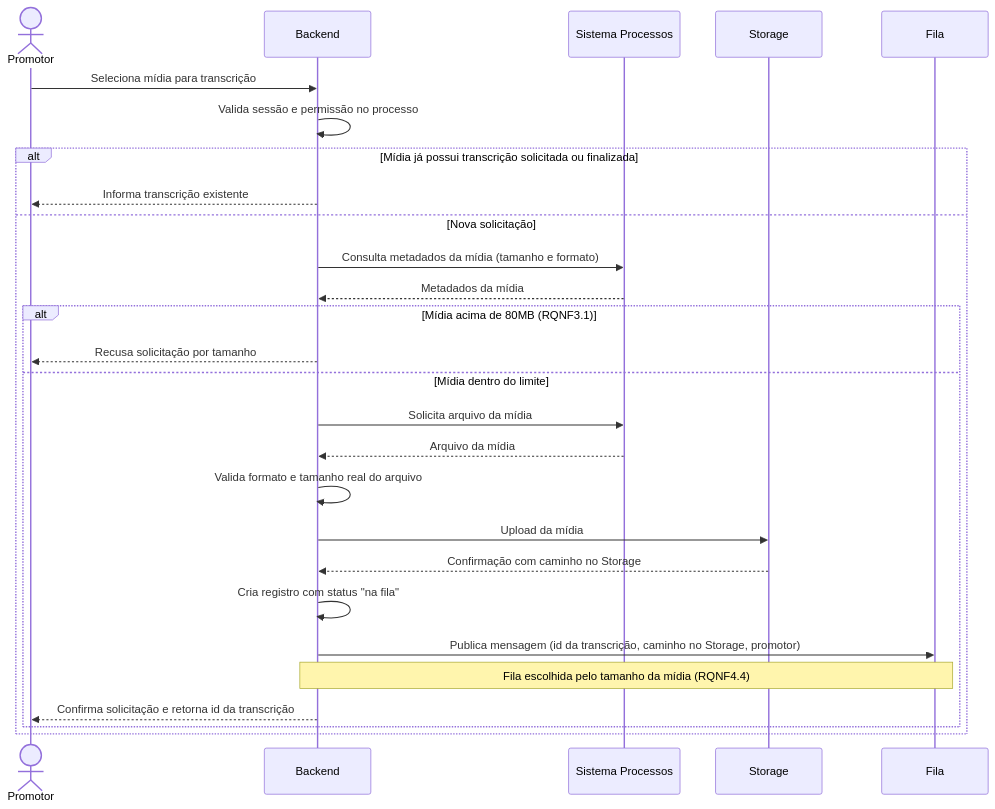
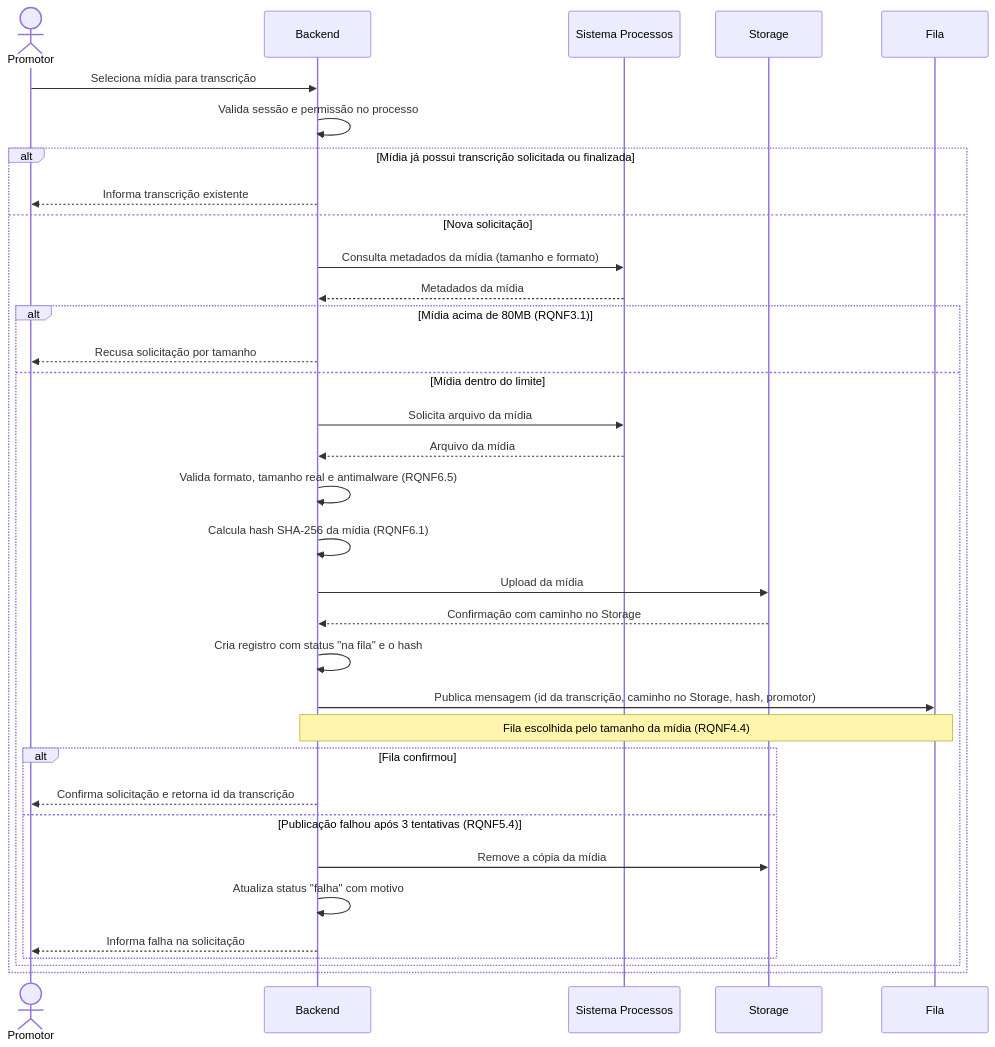
Before and after one commit to AlexandreH13/EsofSeguro-PGC308F-Grupo1: the diagram in requisitos funcionais/RQF3-solicitacao-de-transcricao-de-midia.md, drawn with Mermaid. The commit also changed 6 other files, not shown here.

First line of the commit message:
Reflete hash e tentativas nos diagramas de RQF3, RQF4 e RQF6

````diff
--- a/requisitos funcionais/RQF3-solicitacao-de-transcricao-de-midia.md
+++ b/requisitos funcionais/RQF3-solicitacao-de-transcricao-de-midia.md
@@ -18,29 +18,36 @@
 ```mermaid
 sequenceDiagram
     actor P as Promotor
     participant B as Backend
     participant SP as Sistema Processos
     participant S as Storage
     participant F as Fila
     P->>B: Seleciona mídia para transcrição
     B->>B: Valida sessão e permissão no processo
     alt Mídia já possui transcrição solicitada ou finalizada
         B-->>P: Informa transcrição existente
     else Nova solicitação
         B->>SP: Consulta metadados da mídia (tamanho e formato)
         SP-->>B: Metadados da mídia
         alt Mídia acima de 80MB (RQNF3.1)
             B-->>P: Recusa solicitação por tamanho
         else Mídia dentro do limite
             B->>SP: Solicita arquivo da mídia
             SP-->>B: Arquivo da mídia
-            B->>B: Valida formato e tamanho real do arquivo
+            B->>B: Valida formato, tamanho real e antimalware (RQNF6.5)
+            B->>B: Calcula hash SHA-256 da mídia (RQNF6.1)
             B->>S: Upload da mídia
             S-->>B: Confirmação com caminho no Storage
-            B->>B: Cria registro com status "na fila"
-            B->>F: Publica mensagem (id da transcrição, caminho no Storage, promotor)
+            B->>B: Cria registro com status "na fila" e o hash
+            B->>F: Publica mensagem (id da transcrição, caminho no Storage, hash, promotor)
             Note over B,F: Fila escolhida pelo tamanho da mídia (RQNF4.4)
-            B-->>P: Confirma solicitação e retorna id da transcrição
+            alt Fila confirmou
+                B-->>P: Confirma solicitação e retorna id da transcrição
+            else Publicação falhou após 3 tentativas (RQNF5.4)
+                B->>S: Remove a cópia da mídia
+                B->>B: Atualiza status "falha" com motivo
+                B-->>P: Informa falha na solicitação
+            end
         end
     end
 ```
````
